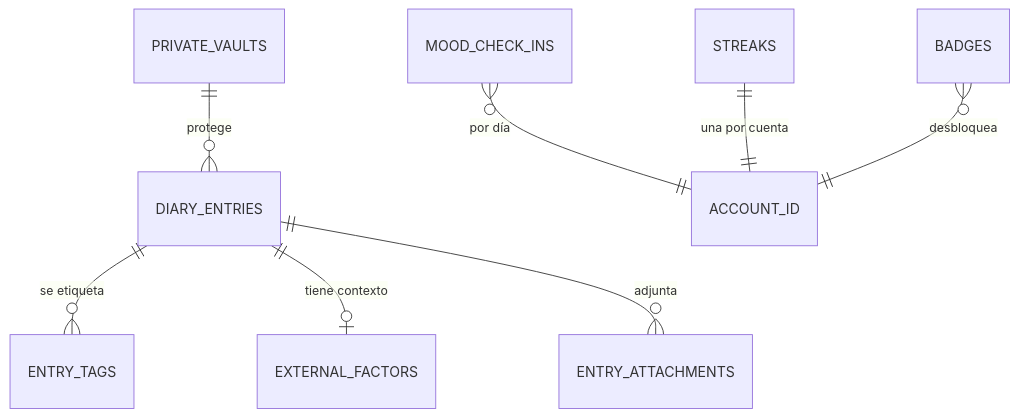
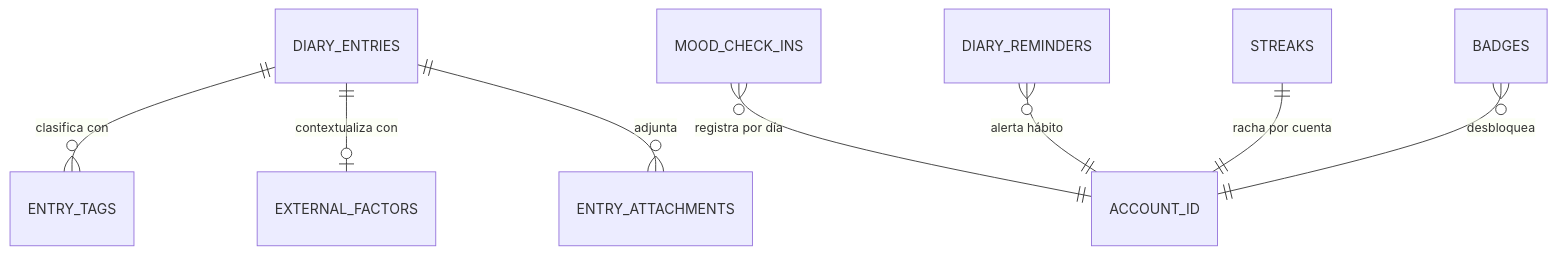
One commit to MindClusterUPC/safediary-platform changed the fourth of 9 diagrams in docs/database/README.md. Above: the diagram before and after it, drawn with Mermaid. The commit also changed other lines of this file and 1 other file, not shown here.

````diff
--- a/docs/database/README.md
+++ b/docs/database/README.md
@@ -113,10 +127,10 @@
 ```mermaid
 erDiagram
-    PRIVATE_VAULTS ||--o{ DIARY_ENTRIES : "protege"
-    DIARY_ENTRIES ||--o{ ENTRY_TAGS : "se etiqueta"
-    DIARY_ENTRIES ||--o| EXTERNAL_FACTORS : "tiene contexto"
+    DIARY_ENTRIES ||--o{ ENTRY_TAGS : "clasifica con"
+    DIARY_ENTRIES ||--o| EXTERNAL_FACTORS : "contextualiza con"
     DIARY_ENTRIES ||--o{ ENTRY_ATTACHMENTS : "adjunta"
-    MOOD_CHECK_INS }o--|| ACCOUNT_ID : "por día"
-    STREAKS ||--|| ACCOUNT_ID : "una por cuenta"
+    MOOD_CHECK_INS }o--|| ACCOUNT_ID : "registra por día"
+    DIARY_REMINDERS }o--|| ACCOUNT_ID : "alerta hábito"
+    STREAKS ||--|| ACCOUNT_ID : "racha por cuenta"
     BADGES }o--|| ACCOUNT_ID : "desbloquea"
 ```
````
